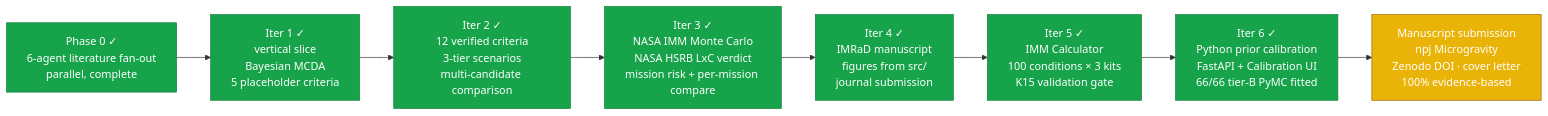
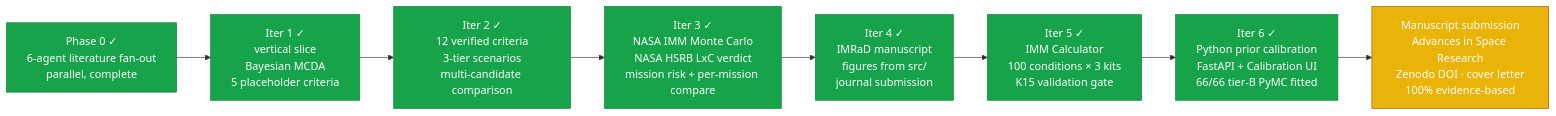
Before and after one commit to strikerdlm/selectron: the first of 2 diagrams in README.md, drawn with Mermaid. The commit also changed other lines of this file and 11 other files, not shown here.

First line of the commit message:
docs: retarget submission to Advances in Space Research + manuscript hardening

````diff
--- a/README.md
+++ b/README.md
@@ -81,15 +81,15 @@
 ```mermaid
 flowchart LR
     P0[Phase 0 ✓<br/>6-agent literature fan-out<br/>parallel, complete] --> I1
     I1[Iter 1 ✓<br/>vertical slice<br/>Bayesian MCDA<br/>5 placeholder criteria] --> I2
     I2[Iter 2 ✓<br/>12 verified criteria<br/>3-tier scenarios<br/>multi-candidate comparison] --> I3
     I3[Iter 3 ✓<br/>NASA IMM Monte Carlo<br/>NASA HSRB LxC verdict<br/>mission risk + per-mission compare] --> I4
     I4[Iter 4 ✓<br/>IMRaD manuscript<br/>figures from src/<br/>journal submission] --> I5
     I5[Iter 5 ✓<br/>IMM Calculator<br/>100 conditions × 3 kits<br/>K15 validation gate] --> I6
     I6[Iter 6 ✓<br/>Python prior calibration<br/>FastAPI + Calibration UI<br/>66/66 tier-B PyMC fitted] --> MS
-    MS[Manuscript submission<br/>npj Microgravity<br/>Zenodo DOI · cover letter<br/>100% evidence-based]
+    MS[Manuscript submission<br/>Advances in Space Research<br/>Zenodo DOI · cover letter<br/>100% evidence-based]
     classDef done fill:#16a34a,stroke:#15803d,color:#fff
     classDef active fill:#eab308,stroke:#a16207,color:#fff
     class P0,I1,I2,I3,I4,I5,I6 done
     class MS active
 ```
````
